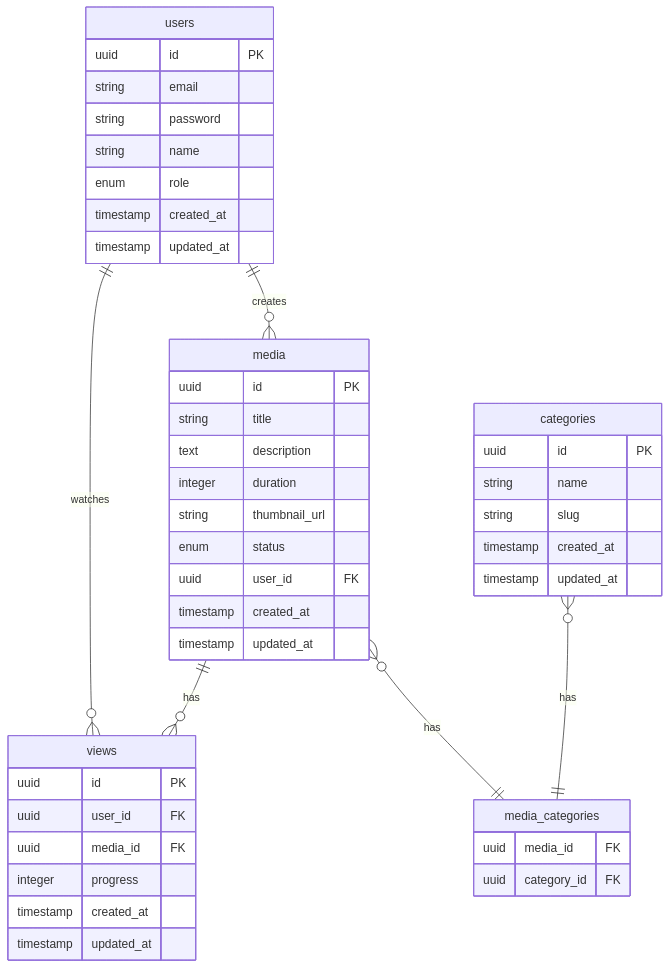
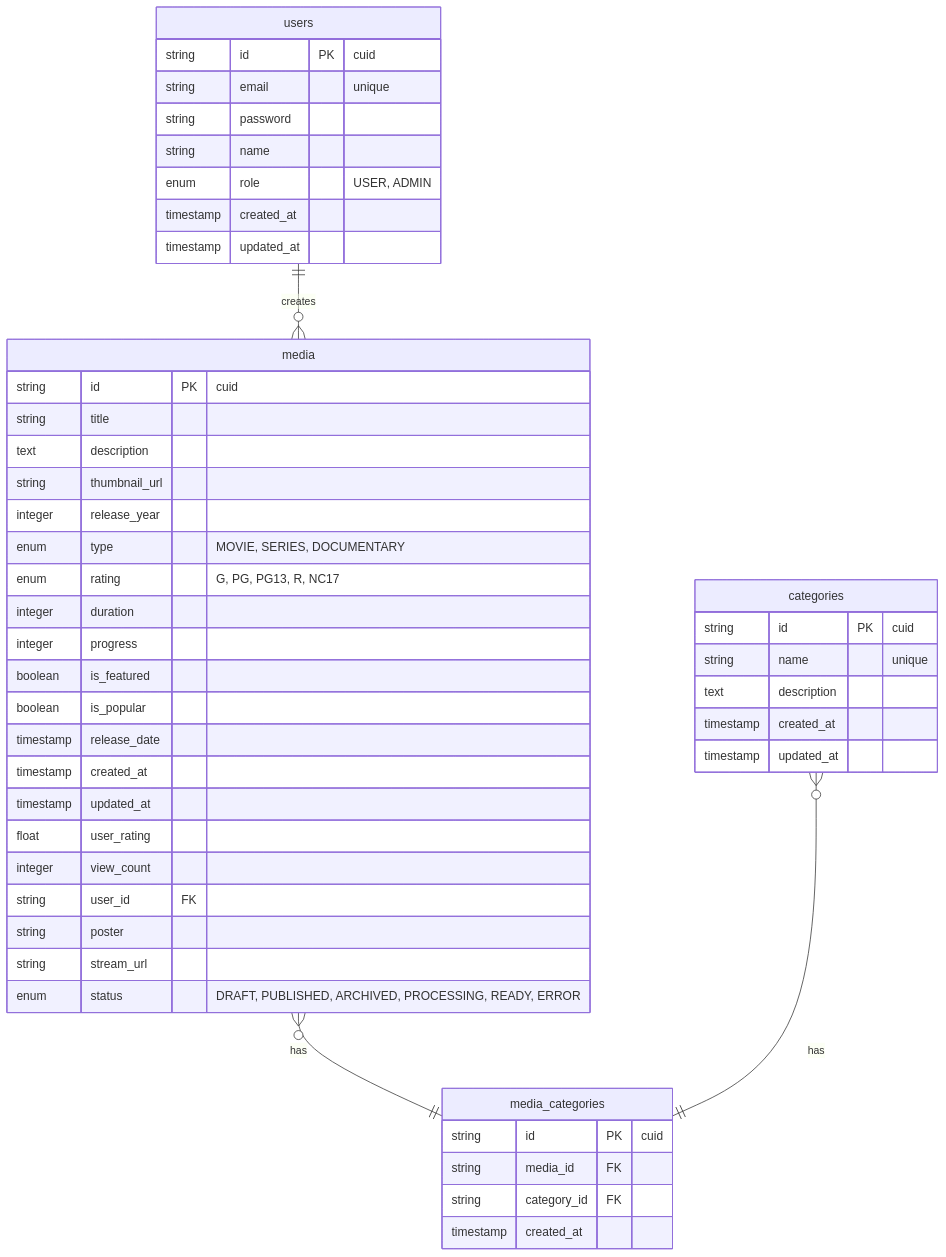
Before and after one commit to alessandroprudencio/ale-flix: the diagram in docs/database/README.md, drawn with Mermaid. The commit also changed other lines of this file and 4 other files, not shown here.

````diff
--- a/docs/database/README.md
+++ b/docs/database/README.md
@@ -9,52 +9,54 @@
 ```mermaid
 erDiagram
     users {
-        uuid id PK
-        string email
+        string id PK "cuid"
+        string email "unique"
         string password
         string name
-        enum role
+        enum role "USER, ADMIN"
         timestamp created_at
         timestamp updated_at
     }
 
     media {
-        uuid id PK
+        string id PK "cuid"
         string title
         text description
+        string thumbnail_url
+        integer release_year
+        enum type "MOVIE, SERIES, DOCUMENTARY"
+        enum rating "G, PG, PG13, R, NC17"
         integer duration
-        string thumbnail_url
-        enum status
-        uuid user_id FK
+        integer progress
+        boolean is_featured
+        boolean is_popular
+        timestamp release_date
         timestamp created_at
         timestamp updated_at
+        float user_rating
+        integer view_count
+        string user_id FK
+        string poster
+        string stream_url
+        enum status "DRAFT, PUBLISHED, ARCHIVED, PROCESSING, READY, ERROR"
     }
 
     categories {
-        uuid id PK
-        string name
-        string slug
+        string id PK "cuid"
+        string name "unique"
+        text description
         timestamp created_at
         timestamp updated_at
     }
 
     media_categories {
-        uuid media_id FK
-        uuid category_id FK
-    }
-
-    views {
-        uuid id PK
-        uuid user_id FK
-        uuid media_id FK
-        integer progress
+        string id PK "cuid"
+        string media_id FK
+        string category_id FK
         timestamp created_at
-        timestamp updated_at
     }
 
     users ||--o{ media : creates
-    users ||--o{ views : watches
-    media ||--o{ views : has
     media }o--|| media_categories : has
     categories }o--|| media_categories : has
 ```
````
